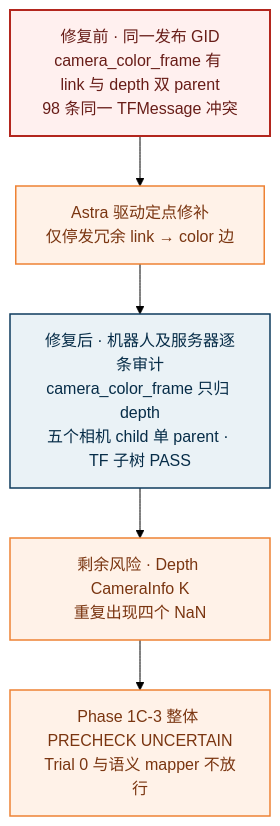
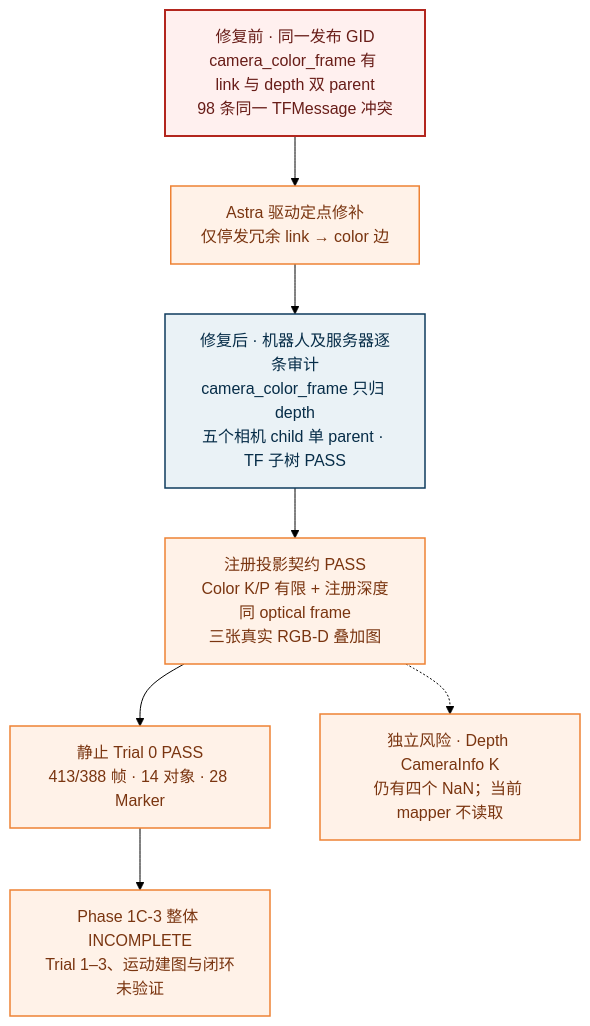
The diagram in RabbitRobotNav/camera-tf-gate.mmd (lijinghai/lijinghai.github.io), drawn with Mermaid (forest theme) before and after one commit. The commit also changed 15 other files, not shown here.

First line of the commit message:
更新 RabbitRobotNav 网站的静止 Trial 0 证据与真机图片

```diff
--- a/RabbitRobotNav/camera-tf-gate.mmd
+++ b/RabbitRobotNav/camera-tf-gate.mmd
@@ -1,14 +1,17 @@
 flowchart TB
     PRE["修复前 · 同一发布 GID<br/>camera_color_frame 有 link 与 depth 双 parent<br/>98 条同一 TFMessage 冲突"]
     FIX["Astra 驱动定点修补<br/>仅停发冗余 link → color 边"]
     POST["修复后 · 机器人及服务器逐条审计<br/>camera_color_frame 只归 depth<br/>五个相机 child 单 parent · TF 子树 PASS"]
-    K["剩余风险 · Depth CameraInfo K<br/>重复出现四个 NaN"]
-    HOLD["Phase 1C-3 整体 PRECHECK UNCERTAIN<br/>Trial 0 与语义 mapper 不放行"]
-    PRE --> FIX --> POST --> K --> HOLD
+    PROJ["注册投影契约 PASS<br/>Color K/P 有限 + 注册深度同 optical frame<br/>三张真实 RGB-D 叠加图"]
+    TRIAL["静止 Trial 0 PASS<br/>413/388 帧 · 14 对象 · 28 Marker"]
+    HOLD["Phase 1C-3 整体 INCOMPLETE<br/>Trial 1–3、运动建图与闭环未验证"]
+    K["独立风险 · Depth CameraInfo K<br/>仍有四个 NaN；当前 mapper 不读取"]
+    PRE --> FIX --> POST --> PROJ --> TRIAL --> HOLD
+    PROJ -.-> K
 
     classDef frame fill:#eaf2f6,stroke:#0e3b5d,color:#072d48,stroke-width:1.5px;
     classDef conflict fill:#fff0ef,stroke:#b3261e,color:#681d18,stroke-width:2px;
     classDef caution fill:#fff2e8,stroke:#ee8234,color:#7a3510,stroke-width:1.5px;
     class PRE conflict;
     class POST frame;
-    class FIX,K,HOLD caution;
+    class FIX,PROJ,TRIAL,K,HOLD caution;
```
